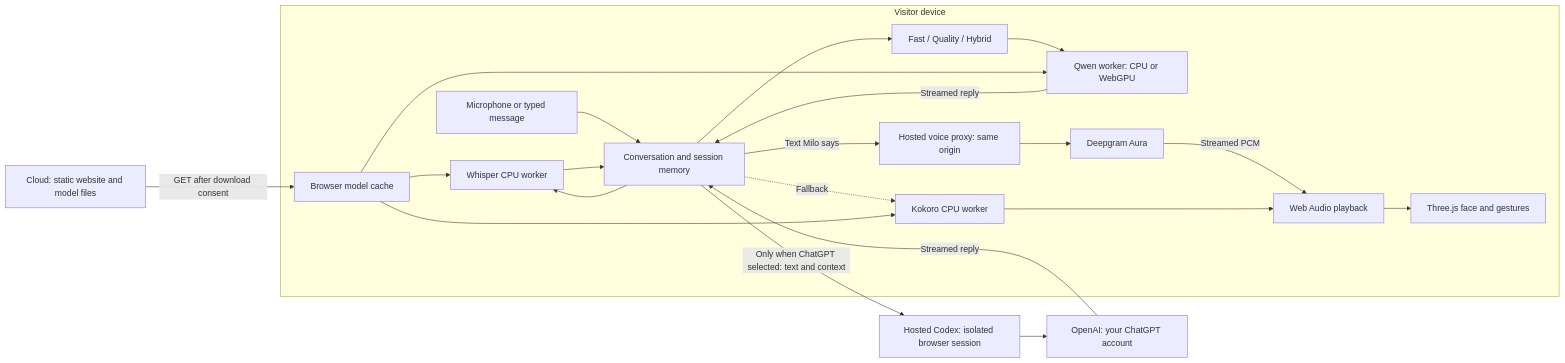
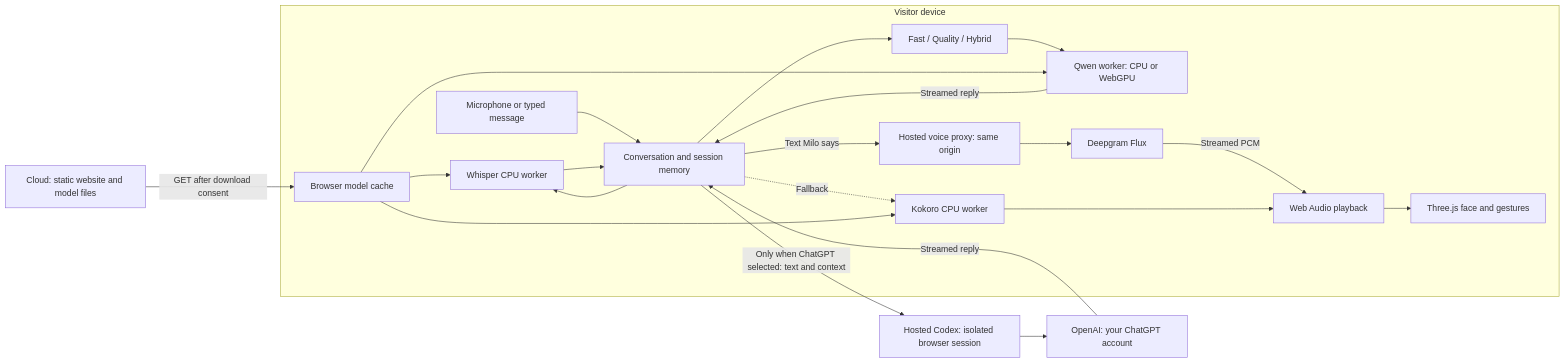
Before and after one commit to michaelegbo/milo: the diagram in README.md, drawn with Mermaid. The commit also changed other lines of this file and 15 other files, not shown here.

First line of the commit message:
Switch the hosted voice to Deepgram Flux with Bruce, Sienna and Gemma

````diff
--- a/README.md
+++ b/README.md
@@ -114,24 +114,24 @@
 ```mermaid
 flowchart LR
   Host[Cloud: static website and model files] -->|GET after download consent| Cache[Browser model cache]
   subgraph Device[Visitor device]
     Input[Microphone or typed message] --> UI[Conversation and session memory]
     UI --> Whisper[Whisper CPU worker]
     Whisper --> UI
     UI --> Router[Fast / Quality / Hybrid]
     Router --> Qwen[Qwen worker: CPU or WebGPU]
     Qwen -->|Streamed reply| UI
     UI -->|Text Milo says| Voice[Hosted voice proxy: same origin]
-    Voice --> Deepgram[Deepgram Aura]
+    Voice --> Deepgram[Deepgram Flux]
     Deepgram -->|Streamed PCM| Audio[Web Audio playback]
     UI -.->|Fallback| Kokoro[Kokoro CPU worker]
     Kokoro --> Audio
     Audio --> Avatar[Three.js face and gestures]
     Cache --> Whisper
     Cache --> Qwen
     Cache --> Kokoro
   end
   UI -->|Only when ChatGPT selected: text and context| Codex[Hosted Codex: isolated browser session]
   Codex --> OpenAI[OpenAI: your ChatGPT account]
   OpenAI -->|Streamed reply| UI
 ```
````
